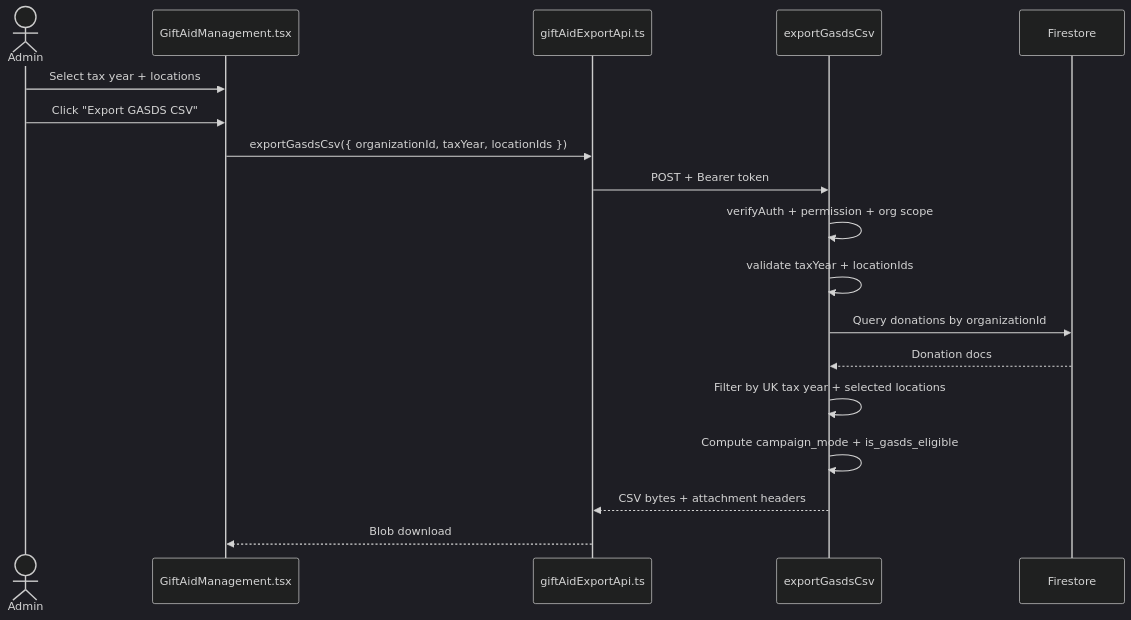
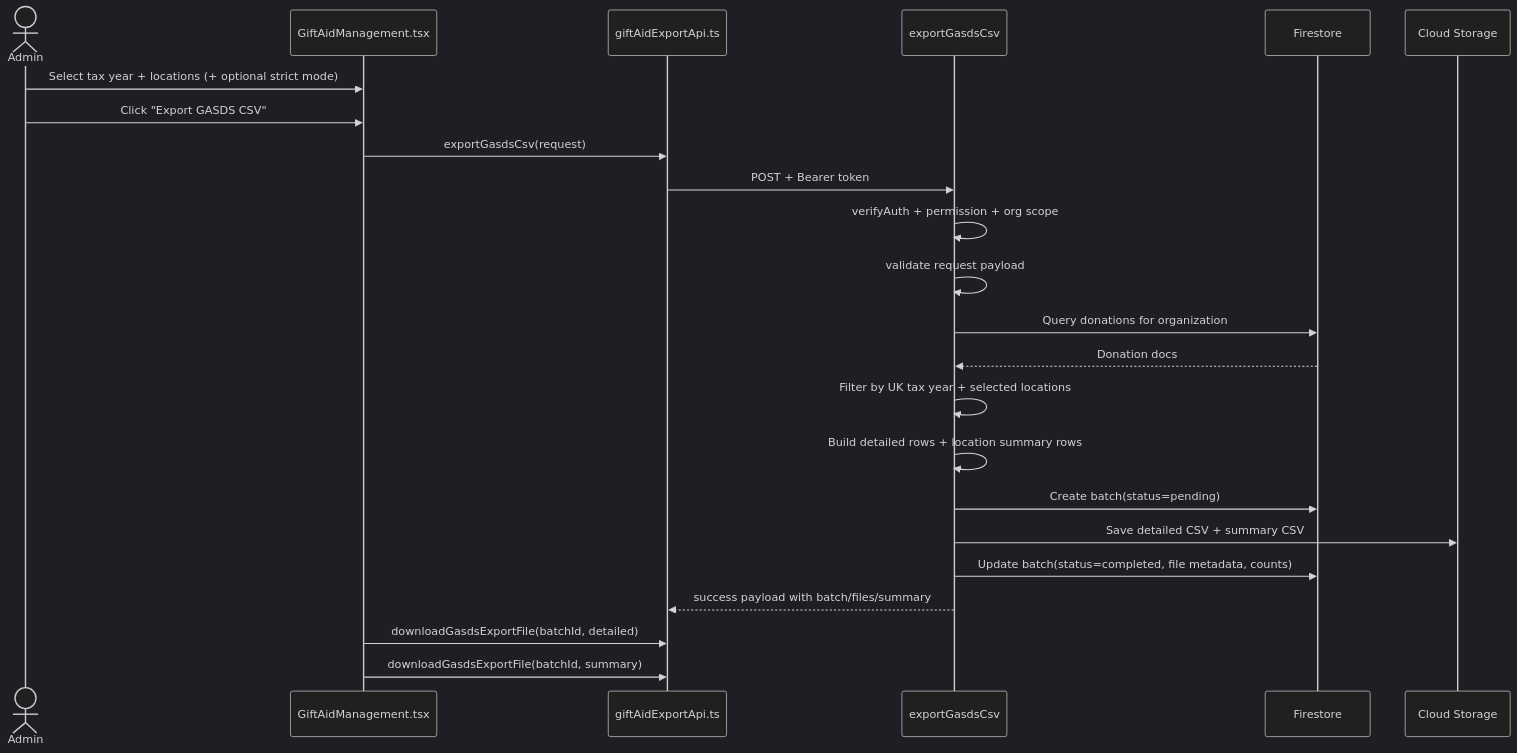
One commit to YNVSolutions/SwiftCause_Mono changed the third of 3 diagrams in docs/GASDS_EXPORT_FLOW.md. Above: the diagram before and after it, drawn with Mermaid (dark theme). The commit also changed other lines of this file, not shown here.

Commit message:
docs(gasds): update flow docs for batch history, strict mode, unit conversion, and snapshot field fallbacks

````diff
--- a/docs/GASDS_EXPORT_FLOW.md
+++ b/docs/GASDS_EXPORT_FLOW.md
@@ -84,21 +110,26 @@
 ```mermaid
 sequenceDiagram
   actor Admin
   participant UI as GiftAidManagement.tsx
   participant API as giftAidExportApi.ts
   participant FN as exportGasdsCsv
   participant DB as Firestore
+  participant ST as Cloud Storage
 
-  Admin->>UI: Select tax year + locations
+  Admin->>UI: Select tax year + locations (+ optional strict mode)
   Admin->>UI: Click "Export GASDS CSV"
-  UI->>API: exportGasdsCsv({ organizationId, taxYear, locationIds })
+  UI->>API: exportGasdsCsv(request)
   API->>FN: POST + Bearer token
   FN->>FN: verifyAuth + permission + org scope
-  FN->>FN: validate taxYear + locationIds
-  FN->>DB: Query donations by organizationId
+  FN->>FN: validate request payload
+  FN->>DB: Query donations for organization
   DB-->>FN: Donation docs
   FN->>FN: Filter by UK tax year + selected locations
-  FN->>FN: Compute campaign_mode + is_gasds_eligible
-  FN-->>API: CSV bytes + attachment headers
-  API-->>UI: Blob download
+  FN->>FN: Build detailed rows + location summary rows
+  FN->>DB: Create batch(status=pending)
+  FN->>ST: Save detailed CSV + summary CSV
+  FN->>DB: Update batch(status=completed, file metadata, counts)
+  FN-->>API: success payload with batch/files/summary
+  UI->>API: downloadGasdsExportFile(batchId, detailed)
+  UI->>API: downloadGasdsExportFile(batchId, summary)
 ```
````
